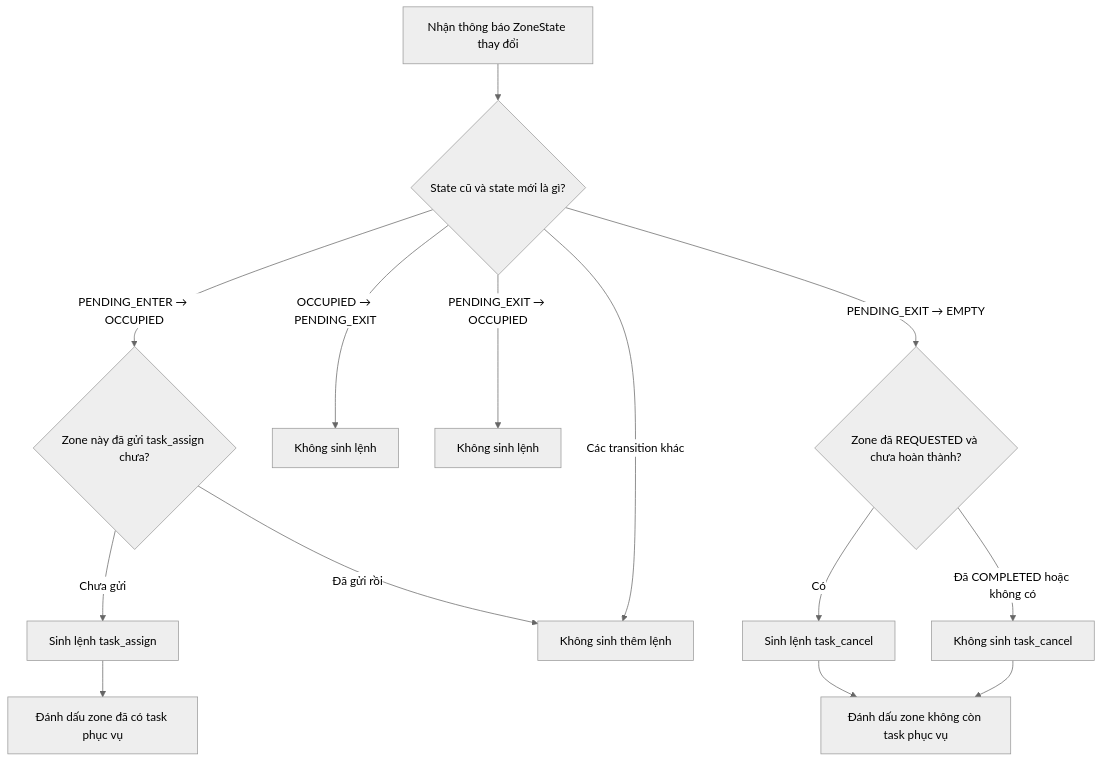
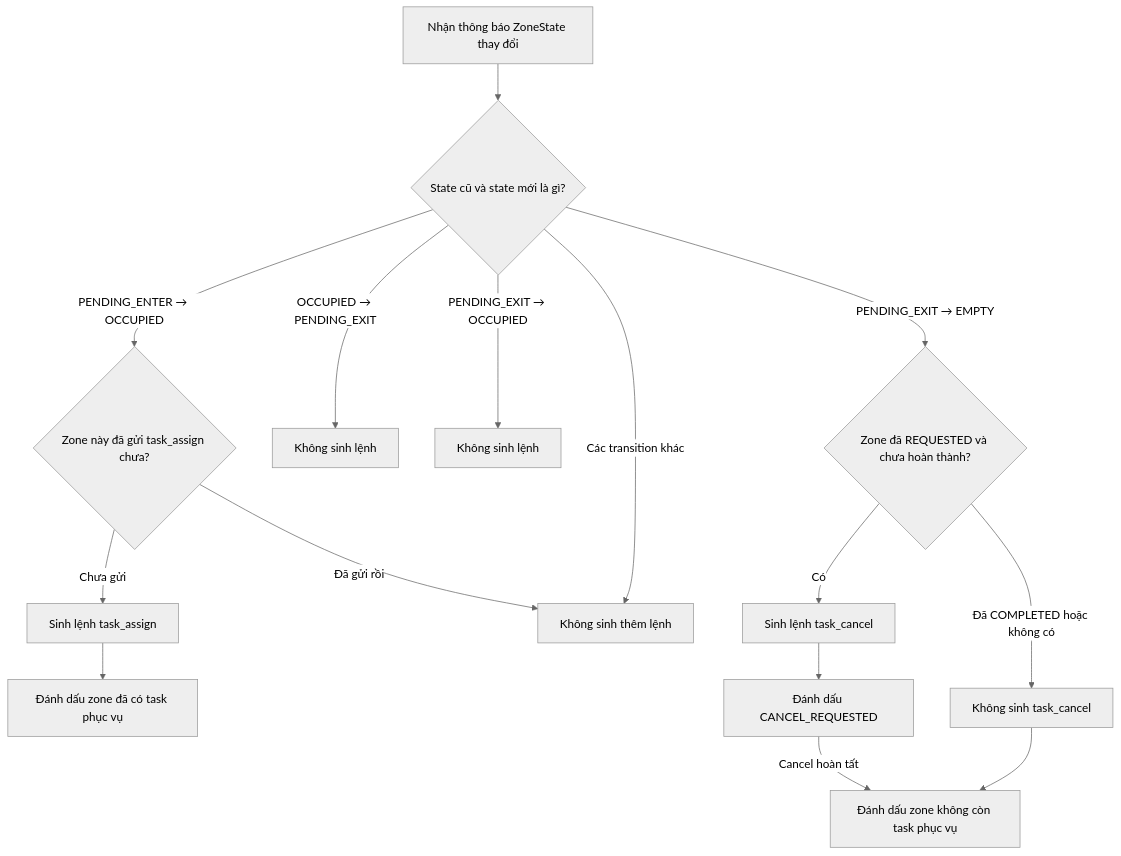
The diagram in src/dispatch_decision/README.md (nnq962/neo-human-detector), drawn with Mermaid (neutral theme) before and after one commit. The commit also changed other lines of this file and 14 other files, not shown here.

````diff
--- a/src/dispatch_decision/README.md
+++ b/src/dispatch_decision/README.md
@@ -1,25 +1,26 @@
 ```mermaid
 flowchart TD
     A[Nhận thông báo ZoneState thay đổi] --> B{State cũ và state mới là gì?}
 
     B -->|PENDING_ENTER → OCCUPIED| C{Zone này đã gửi task_assign chưa?}
 
     C -->|Chưa gửi| D[Sinh lệnh task_assign]
     D --> E[Đánh dấu zone đã có task phục vụ]
 
     C -->|Đã gửi rồi| F[Không sinh thêm lệnh]
 
     B -->|OCCUPIED → PENDING_EXIT| G[Không sinh lệnh]
 
     B -->|PENDING_EXIT → OCCUPIED| H[Không sinh lệnh]
 
     B -->|PENDING_EXIT → EMPTY| I{Zone đã REQUESTED và chưa hoàn thành?}
 
     I -->|Có| J[Sinh lệnh task_cancel]
-    J --> K[Đánh dấu zone không còn task phục vụ]
+    J --> K[Đánh dấu CANCEL_REQUESTED]
+    K -->|Cancel hoàn tất| M[Đánh dấu zone không còn task phục vụ]
 
     I -->|Đã COMPLETED hoặc không có| L[Không sinh task_cancel]
-    L --> K
+    L --> M
 
     B -->|Các transition khác| F
 ```
````
